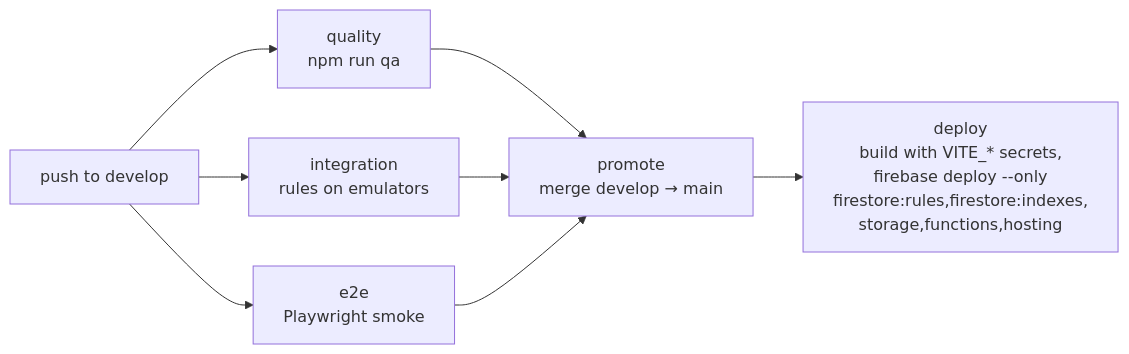
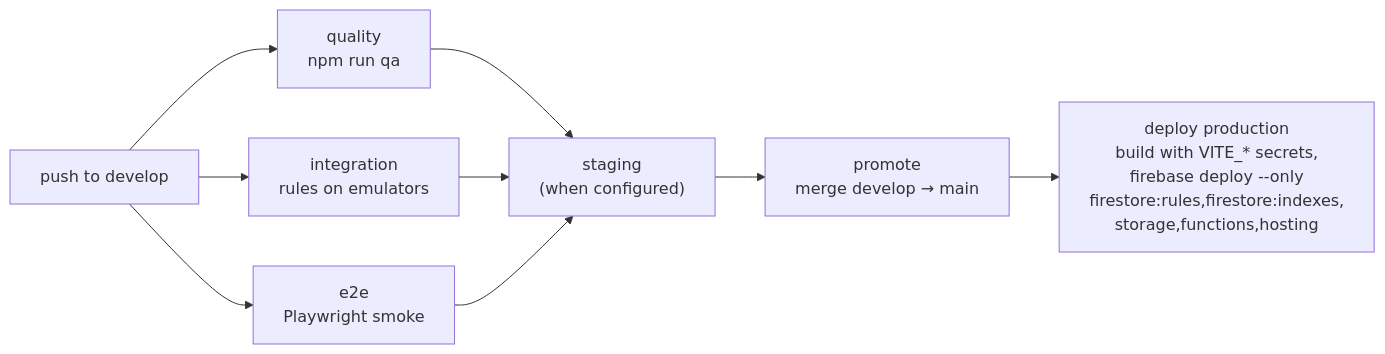
The diagram in docs/guides/DEPLOYMENT.md (Oweeboi011/mms-open-climbs), drawn with Mermaid before and after one commit. The commit also changed other lines of this file and 8 other files, not shown here.

First line of the commit message:
feat(ops): Report-Only CSP, optional staging deploy, secret rotation

````diff
--- a/docs/guides/DEPLOYMENT.md
+++ b/docs/guides/DEPLOYMENT.md
@@ -13,8 +13,9 @@
 ```mermaid
 flowchart LR
     push[push to develop] --> Q["quality<br/>npm run qa"]
     push --> I["integration<br/>rules on emulators"]
     push --> E["e2e<br/>Playwright smoke"]
-    Q & I & E --> P["promote<br/>merge develop → main"]
-    P --> D["deploy<br/>build with VITE_* secrets,<br/>firebase deploy --only<br/>firestore:rules,firestore:indexes,<br/>storage,functions,hosting"]
+    Q & I & E --> S["staging<br/>(when configured)"]
+    S --> P["promote<br/>merge develop → main"]
+    P --> D["deploy production<br/>build with VITE_* secrets,<br/>firebase deploy --only<br/>firestore:rules,firestore:indexes,<br/>storage,functions,hosting"]
 ```
````
